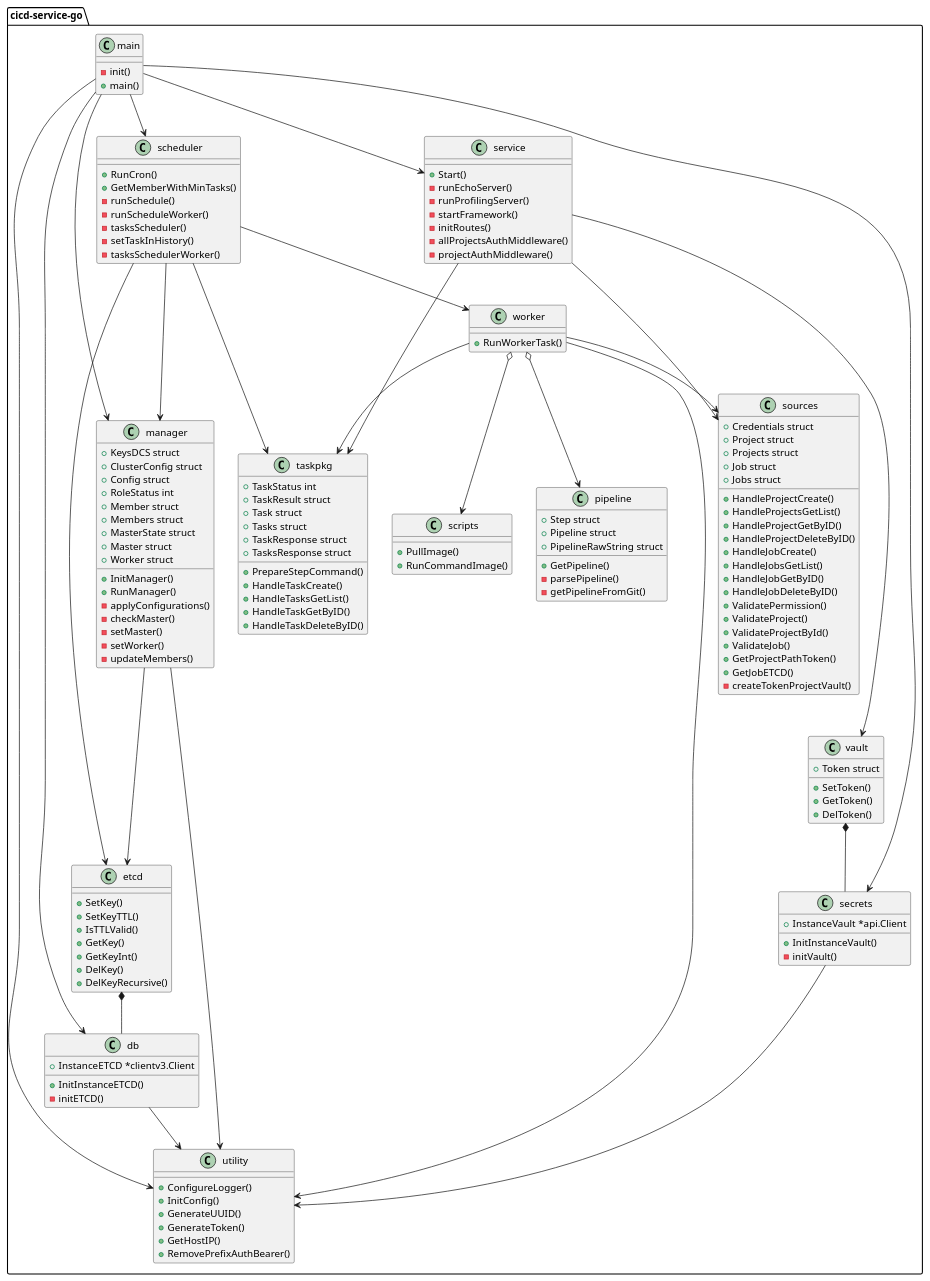
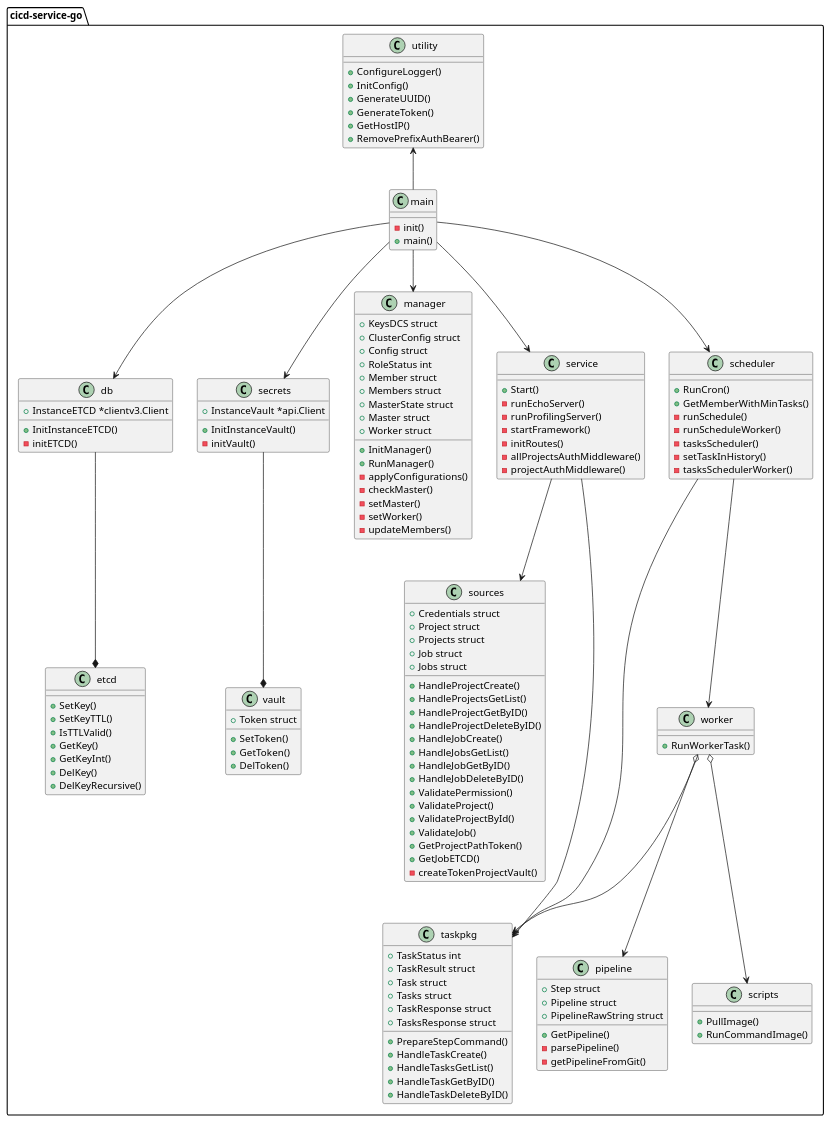
The diagram in doc/all.puml (JulianKap/cicd-service-go), drawn with PlantUML before and after one commit. The commit also changed 9 other files, not shown here.

Commit message:
chore: правки в диаграммах и пайплайне

```diff
--- a/doc/all.puml
+++ b/doc/all.puml
@@ -1,191 +1,196 @@
 @startuml
 package "cicd-service-go" {
+    top to bottom direction
+
     class utility {
         +ConfigureLogger()
         +InitConfig()
         +GenerateUUID()
         +GenerateToken()
         +GetHostIP()
         +RemovePrefixAuthBearer()
     }
 
     class db {
         +InstanceETCD *clientv3.Client
         +InitInstanceETCD()
         -initETCD()
     }
 
     class secrets {
         +InstanceVault *api.Client
         +InitInstanceVault()
         -initVault()
     }
-
 
     class etcd {
         +SetKey()
         +SetKeyTTL()
         +IsTTLValid()
         +GetKey()
         +GetKeyInt()
         +DelKey()
         +DelKeyRecursive()
     }
 
     class vault {
         +Token struct
         +SetToken()
         +GetToken()
         +DelToken()
     }
 
     class main {
         -init()
         +main()
     }
 
     class manager {
         +KeysDCS struct
         +ClusterConfig struct
         +Config struct
         +RoleStatus int
         +Member struct
         +Members struct
         +MasterState struct
         +Master struct
         +Worker struct
-
         +InitManager()
         +RunManager()
         - applyConfigurations()
         - checkMaster()
         - setMaster()
         - setWorker()
         - updateMembers()
 '        - setConfigETCD()
 '        - setMasterETCD()
 '        - delMemberETCD()
 '        - setMembersETCD()
 '        - delMembersETCD()
 '        - setWorkerETCD()
     }
 
     class service {
         +Start()
         -runEchoServer()
         -runProfilingServer()
         -startFramework()
         -initRoutes()
         -allProjectsAuthMiddleware()
         -projectAuthMiddleware()
     }
 
     class scheduler {
         +RunCron()
         +GetMemberWithMinTasks()
         -runSchedule()
         -runScheduleWorker()
         -tasksScheduler()
         -setTaskInHistory()
         -tasksSchedulerWorker()
     }
 
     class sources {
         +Credentials struct
         +Project struct
         +Projects struct
         +Job struct
         +Jobs struct
         +HandleProjectCreate()
         +HandleProjectsGetList()
         +HandleProjectGetByID()
         +HandleProjectDeleteByID()
         +HandleJobCreate()
         +HandleJobsGetList()
         +HandleJobGetByID()
         +HandleJobDeleteByID()
         +ValidatePermission()
         +ValidateProject()
         +ValidateProjectById()
         +ValidateJob()
         +GetProjectPathToken()
         + GetJobETCD()
 '        - createProjectETCD()
 '        - deleteProjectETCD()
 '        - getJobsETCD()
 '        - createJobETCD()
 '        - deleteJobETCD()
         - createTokenProjectVault()
     }
 
     class taskpkg {
         +TaskStatus int
         +TaskResult struct
         +Task struct
         +Tasks struct
         +TaskResponse struct
         +TasksResponse struct
         +PrepareStepCommand()
         +HandleTaskCreate()
         +HandleTasksGetList()
         +HandleTaskGetByID()
         +HandleTaskDeleteByID()
 '        - getTaskByProjectETCD()
 '        - setTaskByProjectETCD()
 '        - markerDelTaskByProjectETCD()
 '        - getTasksETCD()
 '        - setTasksETCD()
 '        - getTasksByProjectETCD()
     }
 
     class worker {
         +RunWorkerTask()
     }
 
     class pipeline {
         +Step struct
         +Pipeline struct
         +PipelineRawString struct
         +GetPipeline()
         -parsePipeline()
         -getPipelineFromGit()
     }
 
     class scripts {
         +PullImage()
         +RunCommandImage()
     }
 
-    main --> utility
+    main -u-> utility
     main --> db
     main --> secrets
     main --> manager
     main --> scheduler
     main --> service
 
-    db --> utility
-    etcd *-- db
+'    service -d-> vault
+    service --> sources
+    service --> taskpkg
 
-    secrets --> utility
-    vault *-- secrets
-
-    service ----> vault
-    service ---> sources
-    service ---> taskpkg
-
-    manager ---> etcd
-    manager ---> utility
+'    manager -d-> etcd
+'    manager -d-> utility
 
     scheduler --> worker
-    scheduler ---> taskpkg
-    scheduler ---> manager
-    scheduler ---> etcd
+    scheduler --> taskpkg
+'    scheduler -d-> manager
+'    scheduler -d->  etcd
 
-    worker --> sources
+
+'    db -d-> utility
+'    etcd *-- db
+    db --* etcd
+'
+'    secrets -d-> utility
+'    vault *-- secrets
+    secrets --* vault
+'
+'
+'
+'    worker --> sources
     worker --> taskpkg
     worker o--> pipeline
     worker o--> scripts
-    worker --> utility
+'    worker -d-> utility
 }
 
 @enduml
```
